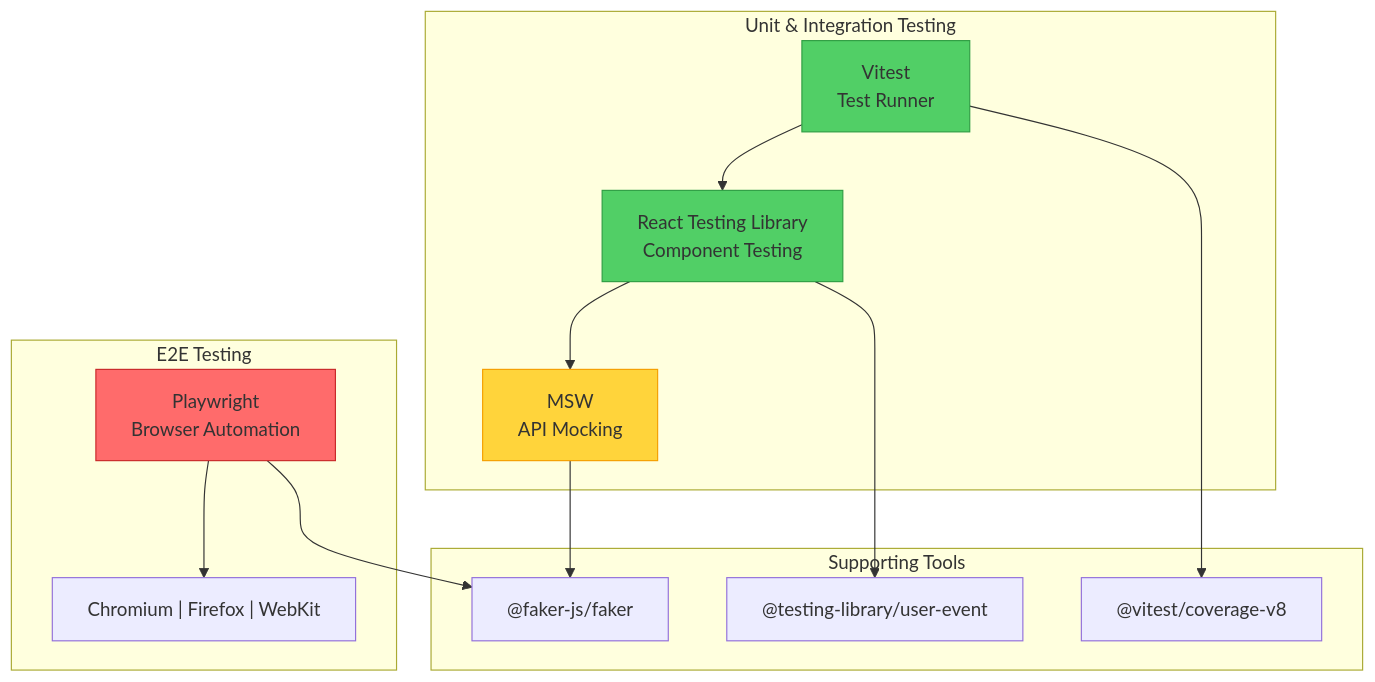
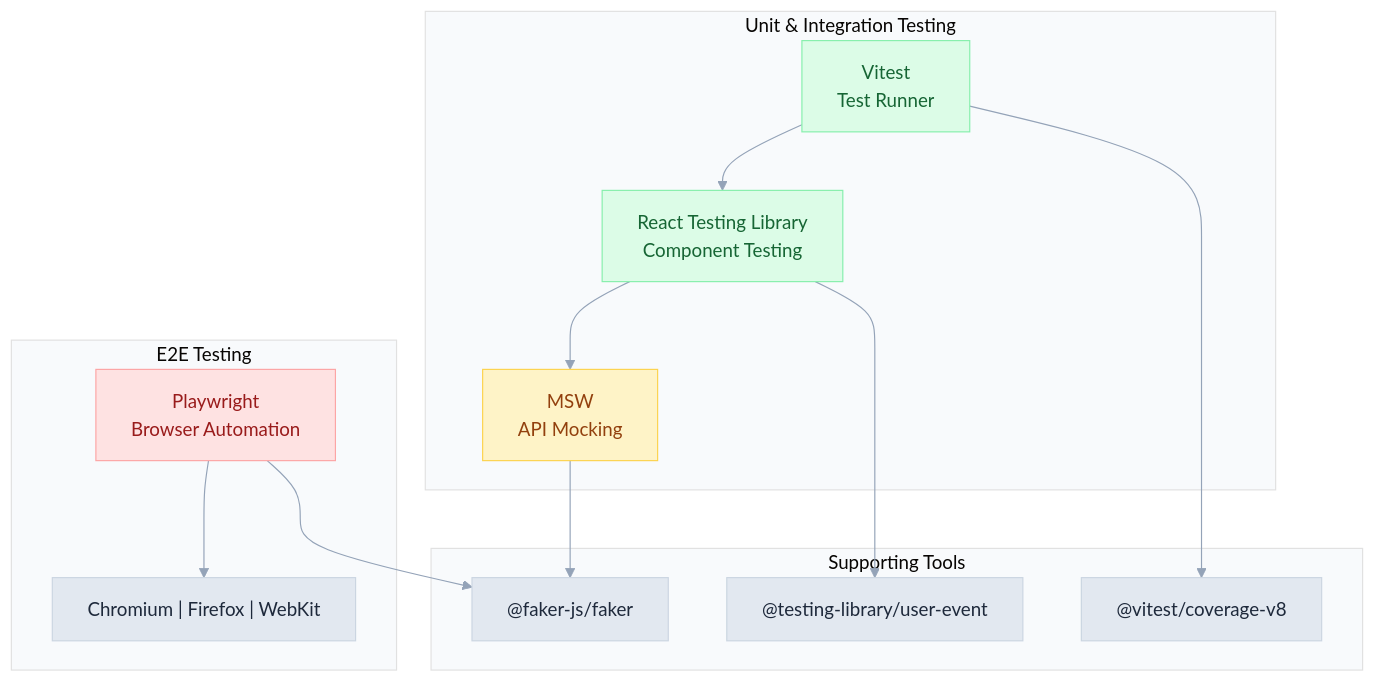
The second of 6 diagrams in doc/testing-strategy-nextjs.md (3DHDSoft/devmultiplier-academy), drawn with Mermaid before and after one commit. The commit also changed other lines of this file and 19 other files, not shown here.

````diff
--- a/doc/testing-strategy-nextjs.md
+++ b/doc/testing-strategy-nextjs.md
@@ -152,32 +162,42 @@
 ```mermaid
-graph TB
+%%{init: {'theme': 'base', 'themeVariables': {
+  'primaryColor': '#e2e8f0',
+  'primaryTextColor': '#1e293b',
+  'primaryBorderColor': '#cbd5e1',
+  'lineColor': '#94a3b8',
+  'secondaryColor': '#f1f5f9',
+  'tertiaryColor': '#f8fafc',
+  'background': '#ffffff',
+  'textColor': '#334155',
+  'fontFamily': 'system-ui, -apple-system, sans-serif'
+}}}%%graph TB
     subgraph unit_int ["Unit & Integration Testing"]
         VITEST["Vitest<br/>Test Runner"]
         RTL["React Testing Library<br/>Component Testing"]
         MSW["MSW<br/>API Mocking"]
         VITEST --> RTL
         RTL --> MSW
     end
 
     subgraph e2e ["E2E Testing"]
         PLAY["Playwright<br/>Browser Automation"]
         BROWSERS["Chromium | Firefox | WebKit"]
         PLAY --> BROWSERS
     end
 
     subgraph support ["Supporting Tools"]
         USER_EVENT["@testing-library/user-event"]
         COVERAGE["@vitest/coverage-v8"]
         FAKER["@faker-js/faker"]
     end
 
     RTL --> USER_EVENT
     VITEST --> COVERAGE
     PLAY --> FAKER
     MSW --> FAKER
 
-    style VITEST fill:#51cf66,stroke:#2f9e44
-    style RTL fill:#51cf66,stroke:#2f9e44
-    style PLAY fill:#ff6b6b,stroke:#c92a2a
-    style MSW fill:#ffd43b,stroke:#f59f00
+    style VITEST fill:#dcfce7,stroke:#86efac,color:#166534
+    style RTL fill:#dcfce7,stroke:#86efac,color:#166534
+    style PLAY fill:#fee2e2,stroke:#fca5a5,color:#991b1b
+    style MSW fill:#fef3c7,stroke:#fcd34d,color:#92400e
 ```
````
